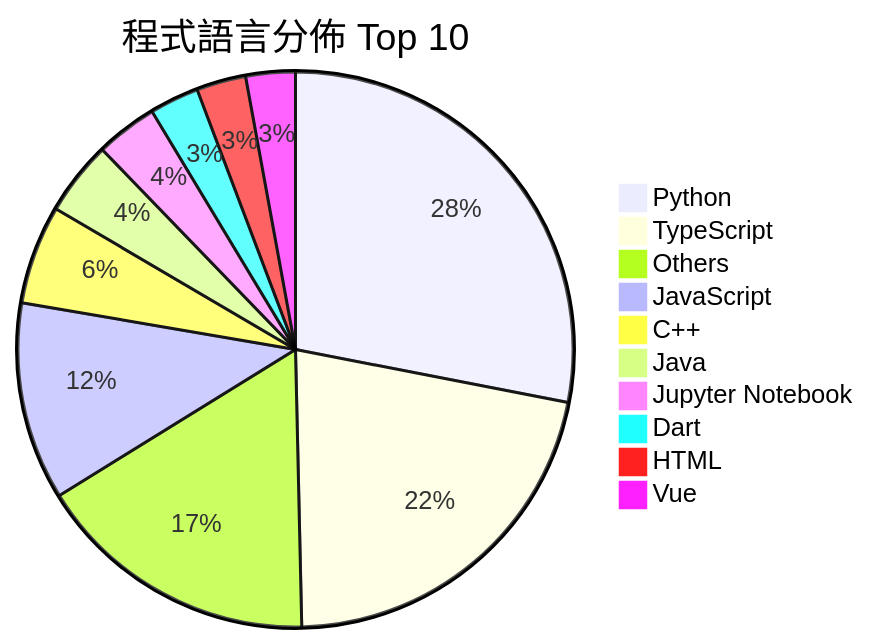
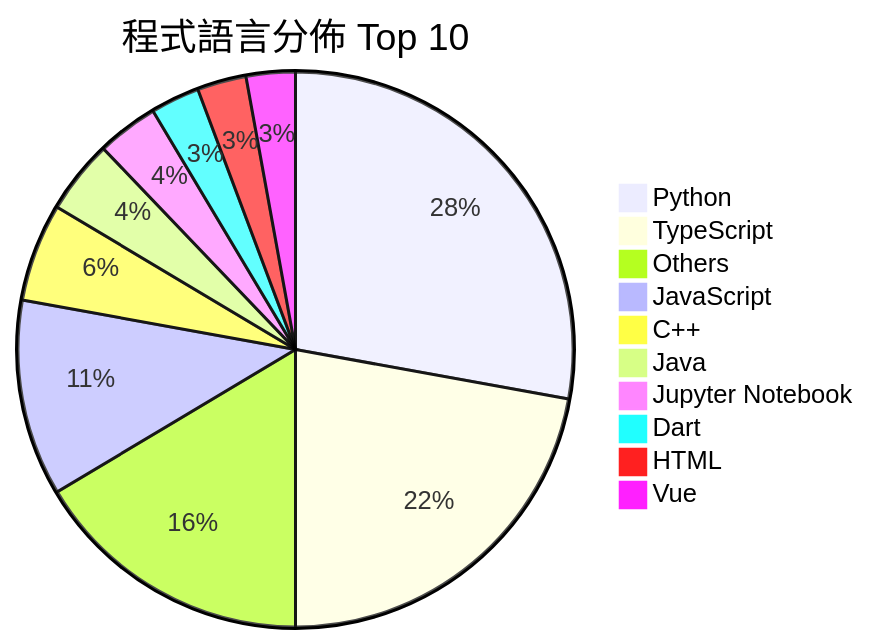
The second of 2 diagrams in README.md (Andy87877/GitHub-Star-Manager), drawn with Mermaid before and after one commit. The commit also changed other lines of this file and 3 other files, not shown here.

````diff
--- a/README.md
+++ b/README.md
@@ -27,13 +27,13 @@
 ```mermaid
 pie title 程式語言分佈 Top 10
     "Python" : 39
-    "TypeScript" : 30
+    "TypeScript" : 31
     "Others" : 23
     "JavaScript" : 16
     "C++" : 8
     "Java" : 6
     "Jupyter Notebook" : 5
     "Dart" : 4
     "HTML" : 4
     "Vue" : 4
 ```
````
